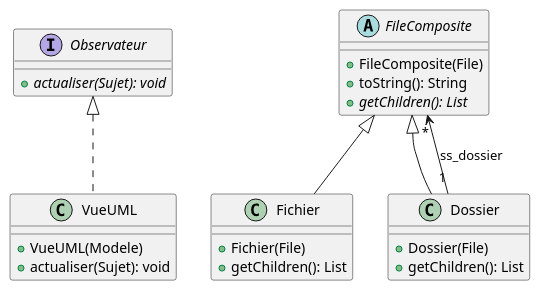
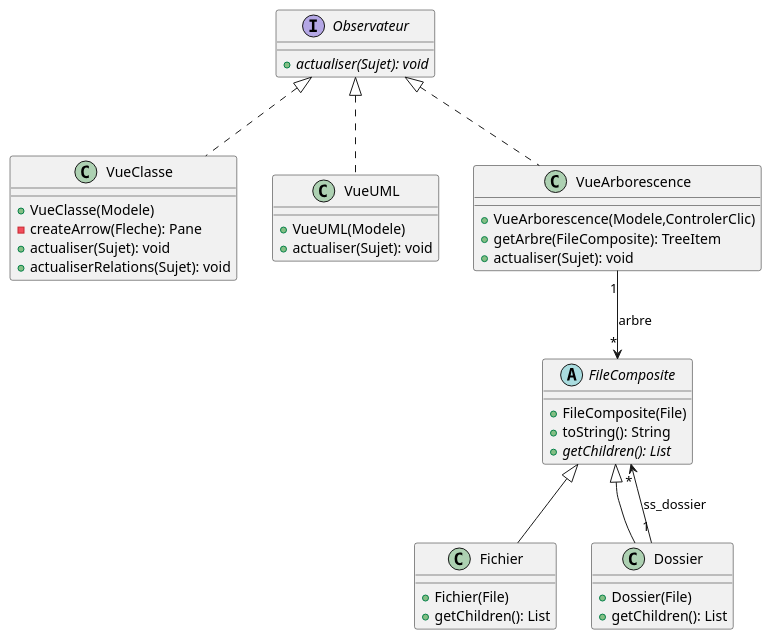
The diagram in Diag.puml (EliasKho/SAE-Plugin_JavaFx), drawn with PlantUML before and after one commit. The commit also changed 4 other files, not shown here.

```diff
--- a/Diag.puml
+++ b/Diag.puml
@@ -1,31 +1,47 @@
 @startuml
+class VueClasse {
++VueClasse(Modele)
+-createArrow(Fleche): Pane
++actualiser(Sujet): void
++actualiserRelations(Sujet): void
+}
+
 class Fichier {
 +Fichier(File)
 +getChildren(): List
 }
 
 interface Observateur {
 +{abstract} actualiser(Sujet): void
 }
 
+class VueUML {
++VueUML(Modele)
++actualiser(Sujet): void
+}
+
 class Dossier {
 +Dossier(File)
 +getChildren(): List
 }
 
-class VueUML {
-+VueUML(Modele)
+class VueArborescence {
++VueArborescence(Modele,ControlerClic)
++getArbre(FileComposite): TreeItem
 +actualiser(Sujet): void
 }
 
 abstract class FileComposite {
 +FileComposite(File)
 +toString(): String
 +{abstract} getChildren(): List
 }
 
+VueClasse .u.|> Observateur : ""
 Fichier -u-|> FileComposite : ""
+VueUML .u.|> Observateur : ""
 Dossier -u-|> FileComposite : ""
 Dossier "1" --> "*" FileComposite : ss_dossier
-VueUML .u.|> Observateur : ""
+VueArborescence .u.|> Observateur : ""
+VueArborescence "1" --> "*" FileComposite : arbre
 @enduml
```
